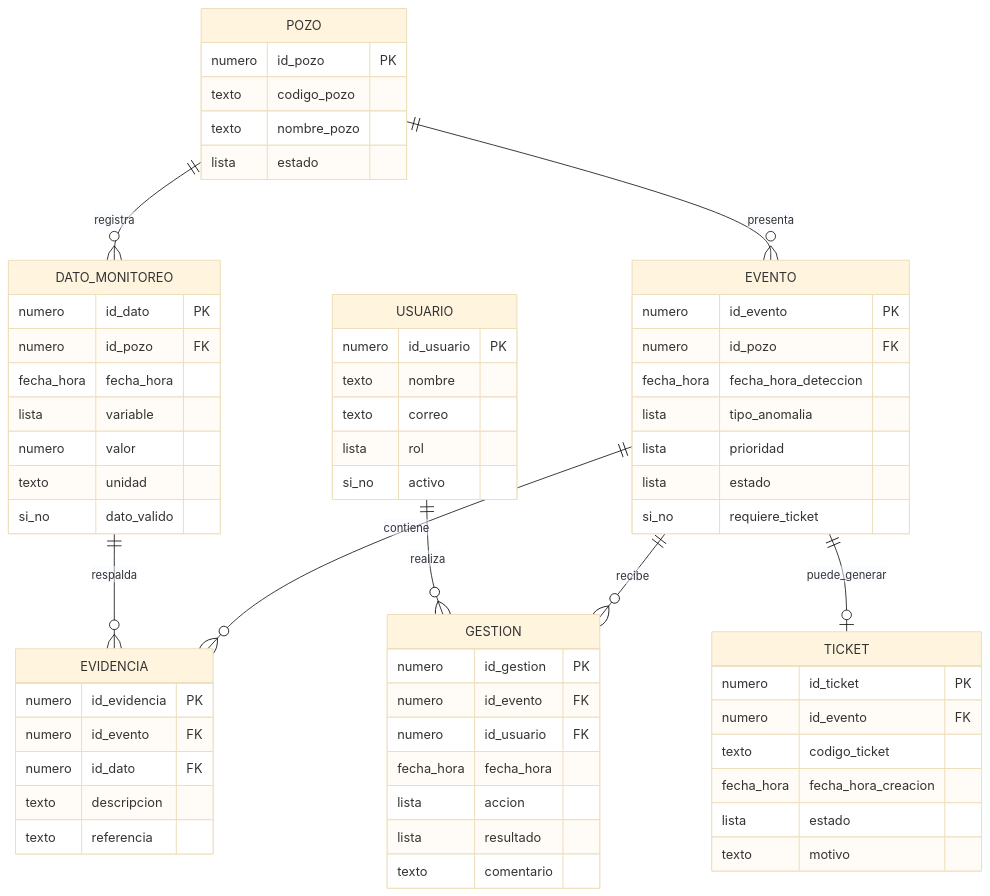
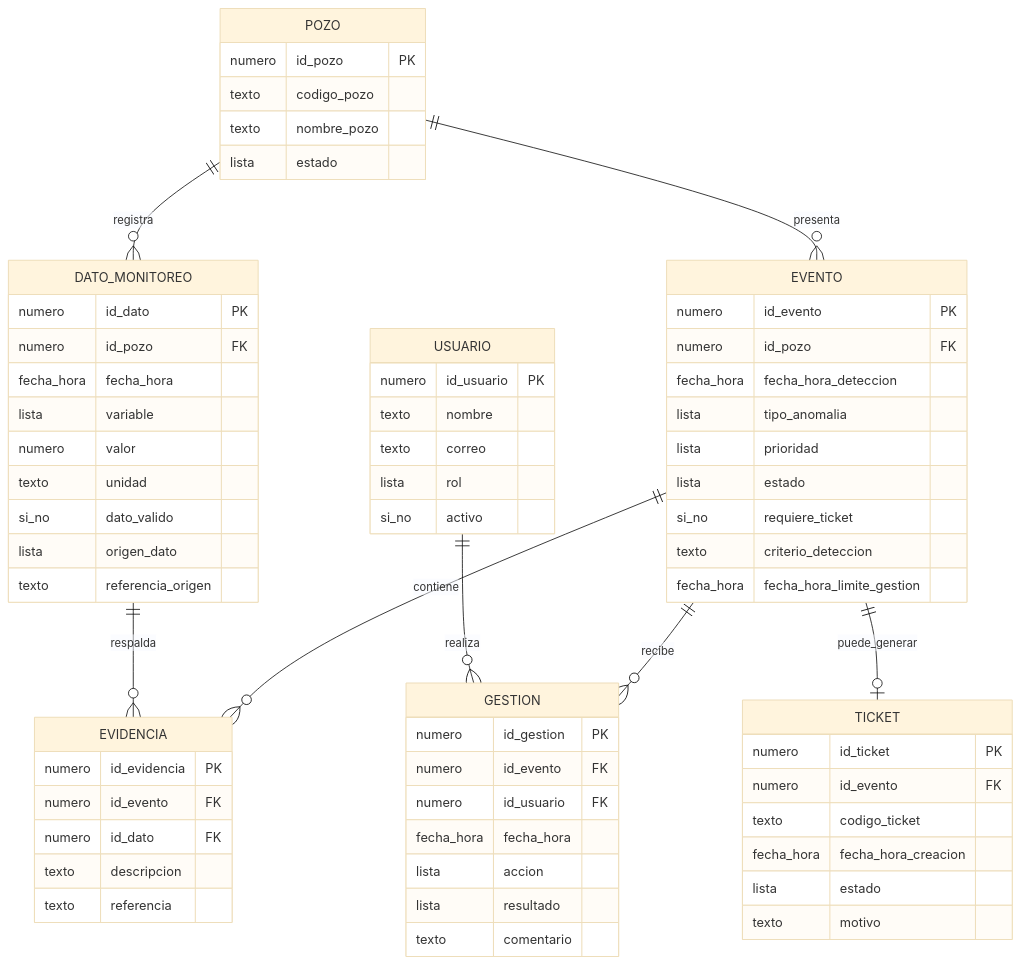
Before and after one commit to felipeivan92/PROYECTOPOZOSAPP: the diagram in docs/datos/estructura_datos.md, drawn with Mermaid (base theme). The commit also changed other lines of this file, not shown here.

Commit message:
Agrega origen de datos y criterio de detección

````diff
--- a/docs/datos/estructura_datos.md
+++ b/docs/datos/estructura_datos.md
@@ -7,72 +7,76 @@
 ```mermaid
 erDiagram
     USUARIO ||--o{ GESTION : realiza
     POZO ||--o{ DATO_MONITOREO : registra
     POZO ||--o{ EVENTO : presenta
     DATO_MONITOREO ||--o{ EVIDENCIA : respalda
     EVENTO ||--o{ EVIDENCIA : contiene
     EVENTO ||--o{ GESTION : recibe
     EVENTO ||--o| TICKET : puede_generar
 
     USUARIO {
         numero id_usuario PK
         texto nombre
         texto correo
         lista rol
         si_no activo
     }
 
     POZO {
         numero id_pozo PK
         texto codigo_pozo
         texto nombre_pozo
         lista estado
     }
 
     DATO_MONITOREO {
         numero id_dato PK
         numero id_pozo FK
         fecha_hora fecha_hora
         lista variable
         numero valor
         texto unidad
         si_no dato_valido
+        lista origen_dato
+        texto referencia_origen
     }
 
     EVENTO {
         numero id_evento PK
         numero id_pozo FK
         fecha_hora fecha_hora_deteccion
         lista tipo_anomalia
         lista prioridad
         lista estado
         si_no requiere_ticket
+        texto criterio_deteccion
+        fecha_hora fecha_hora_limite_gestion
     }
 
     EVIDENCIA {
         numero id_evidencia PK
         numero id_evento FK
         numero id_dato FK
         texto descripcion
         texto referencia
     }
 
     GESTION {
         numero id_gestion PK
         numero id_evento FK
         numero id_usuario FK
         fecha_hora fecha_hora
         lista accion
         lista resultado
         texto comentario
     }
 
     TICKET {
         numero id_ticket PK
         numero id_evento FK
         texto codigo_ticket
         fecha_hora fecha_hora_creacion
         lista estado
         texto motivo
     }
 ```
````
